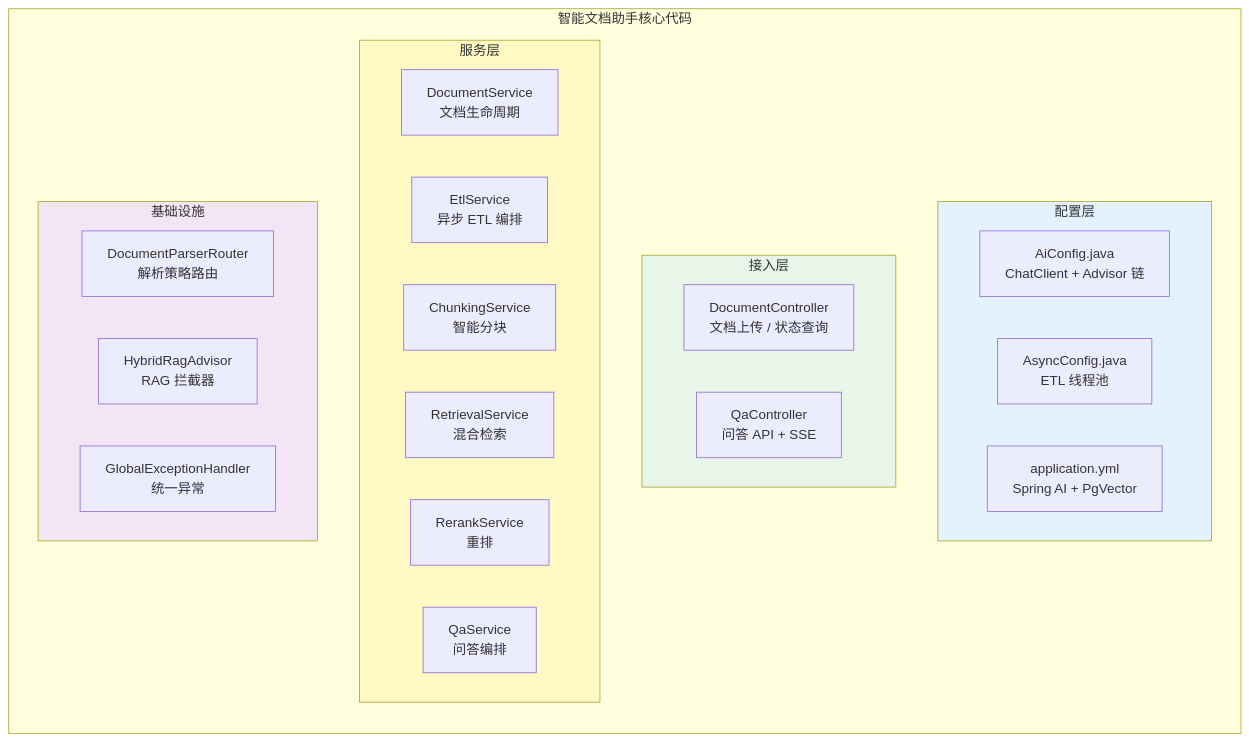
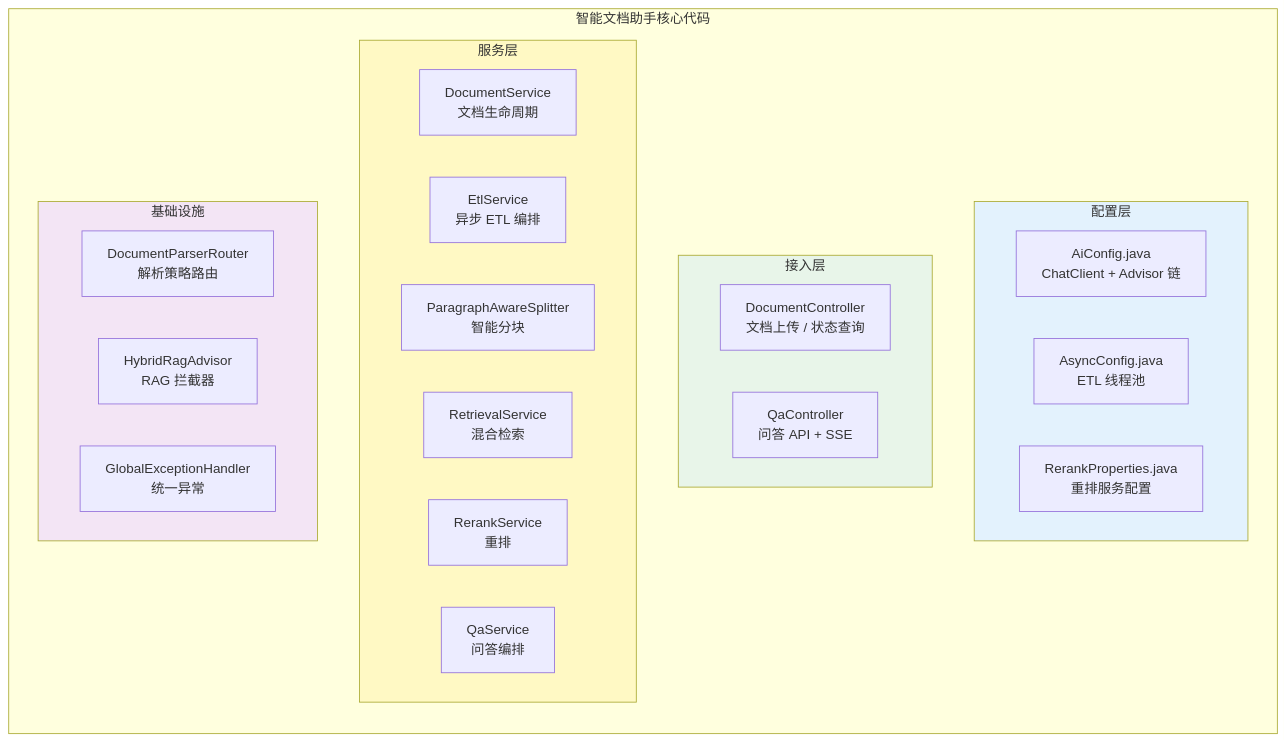
One commit to UranusGit/java-agent-learn changed the first of 5 diagrams in docs/项目/01-智能文档助手/04-核心代码讲解.md. Above: the diagram before and after it, drawn with Mermaid. The commit also changed other lines of this file and 206 other files, not shown here.

````diff
--- a/docs/项目/01-智能文档助手/04-核心代码讲解.md
+++ b/docs/项目/01-智能文档助手/04-核心代码讲解.md
@@ -15,36 +15,36 @@
 ```mermaid
 graph TB
     subgraph 代码全景["智能文档助手核心代码"]
         direction TB
         subgraph 配置层["配置层"]
             C1["AiConfig.java<br/>ChatClient + Advisor 链"]
             C2["AsyncConfig.java<br/>ETL 线程池"]
-            C3["application.yml<br/>Spring AI + PgVector"]
+            C3["RerankProperties.java<br/>重排服务配置"]
         end
 
         subgraph 接入层["接入层"]
             A1["DocumentController<br/>文档上传 / 状态查询"]
             A2["QaController<br/>问答 API + SSE"]
         end
 
         subgraph 服务层["服务层"]
             S1["DocumentService<br/>文档生命周期"]
             S2["EtlService<br/>异步 ETL 编排"]
-            S3["ChunkingService<br/>智能分块"]
+            S3["ParagraphAwareSplitter<br/>智能分块"]
             S4["RetrievalService<br/>混合检索"]
             S5["RerankService<br/>重排"]
             S6["QaService<br/>问答编排"]
         end
 
         subgraph 基础设施["基础设施"]
             I1["DocumentParserRouter<br/>解析策略路由"]
             I2["HybridRagAdvisor<br/>RAG 拦截器"]
             I3["GlobalExceptionHandler<br/>统一异常"]
         end
     end
 
     style 配置层 fill:#e3f2fd
     style 接入层 fill:#e8f5e9
     style 服务层 fill:#fff9c4
     style 基础设施 fill:#f3e5f5
 ```
````
